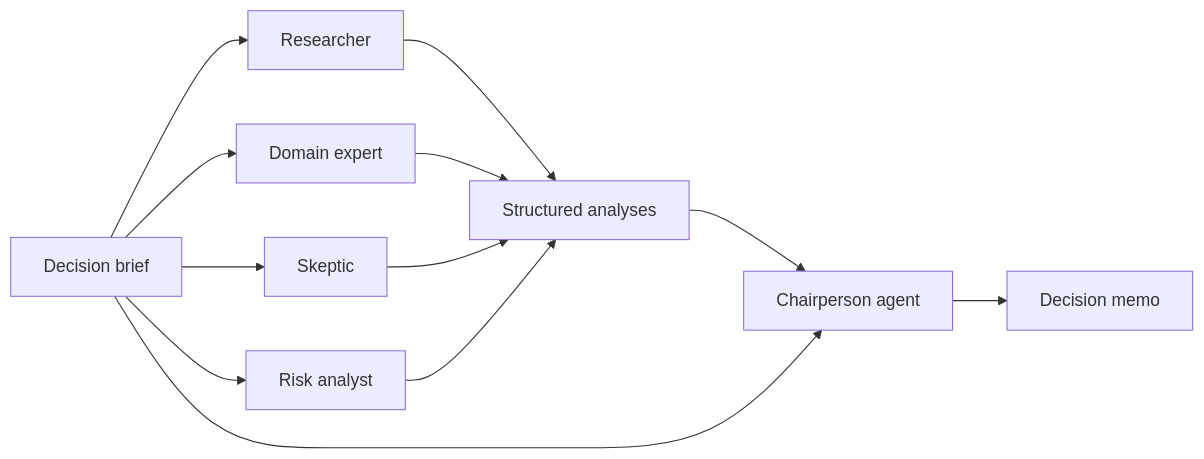
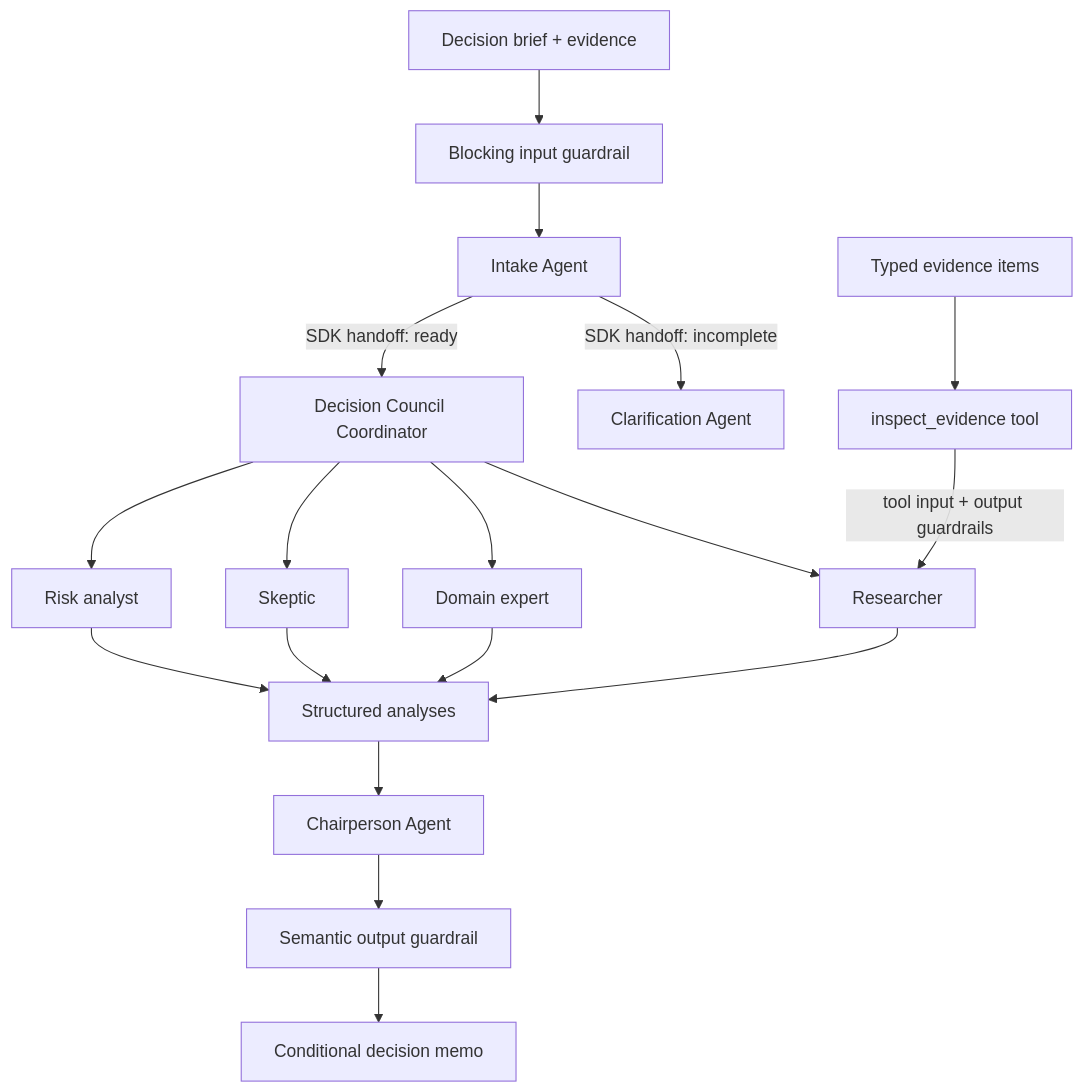
Before and after one commit to vialyx/decision-room: the diagram in README.md, drawn with Mermaid. The commit also changed other lines of this file and 8 other files, not shown here.

````diff
--- a/README.md
+++ b/README.md
@@ -23,16 +17,24 @@
 ```mermaid
-flowchart LR
-    Brief[Decision brief] --> R[Researcher]
-    Brief --> D[Domain expert]
-    Brief --> S[Skeptic]
-    Brief --> A[Risk analyst]
+flowchart TD
+    Brief[Decision brief + evidence] --> InputGuardrail[Blocking input guardrail]
+    InputGuardrail --> Intake[Intake Agent]
+    Intake -->|SDK handoff: incomplete| Clarification[Clarification Agent]
+    Intake -->|SDK handoff: ready| Coordinator[Decision Council Coordinator]
+
+    Coordinator --> R[Researcher]
+    Coordinator --> D[Domain expert]
+    Coordinator --> S[Skeptic]
+    Coordinator --> A[Risk analyst]
+
+    Evidence[Typed evidence items] --> Tool[inspect_evidence tool]
+    Tool -->|tool input + output guardrails| R
 
     R --> Council[Structured analyses]
     D --> Council
     S --> Council
     A --> Council
 
-    Council --> Chair[Chairperson agent]
-    Brief --> Chair
-    Chair --> Memo[Decision memo]
+    Council --> Chair[Chairperson Agent]
+    Chair --> OutputGuardrail[Semantic output guardrail]
+    OutputGuardrail --> Memo[Conditional decision memo]
 ```
````
